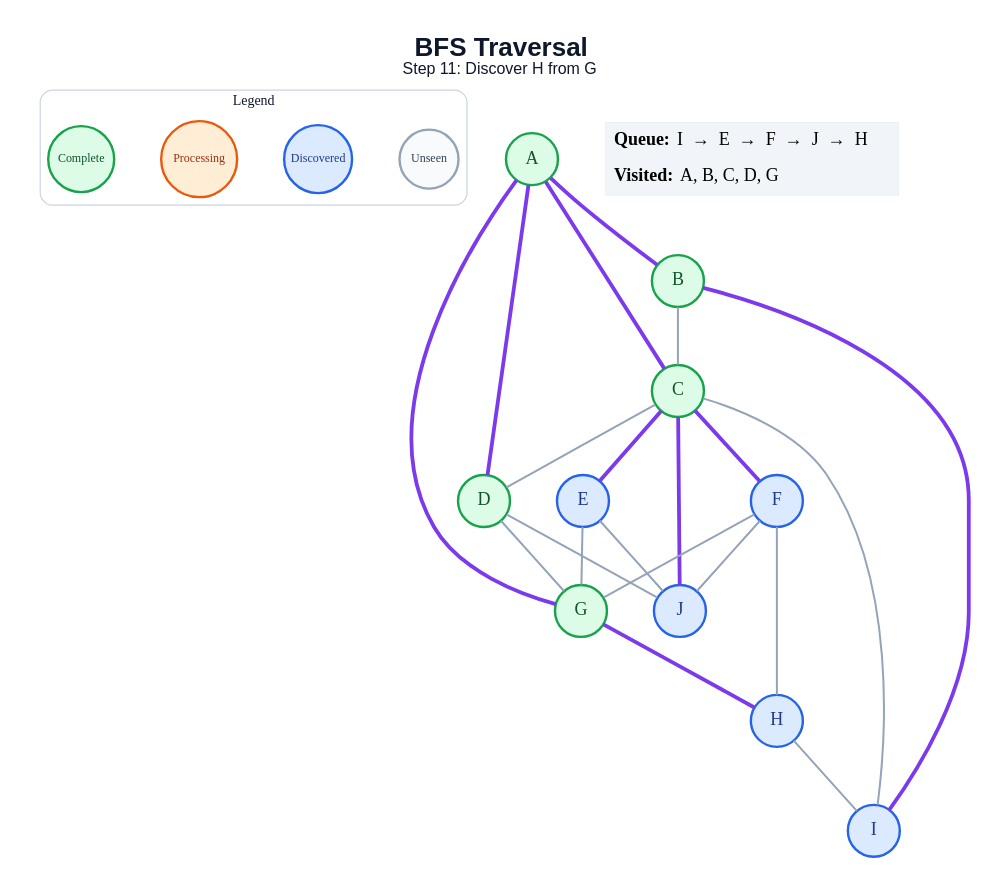
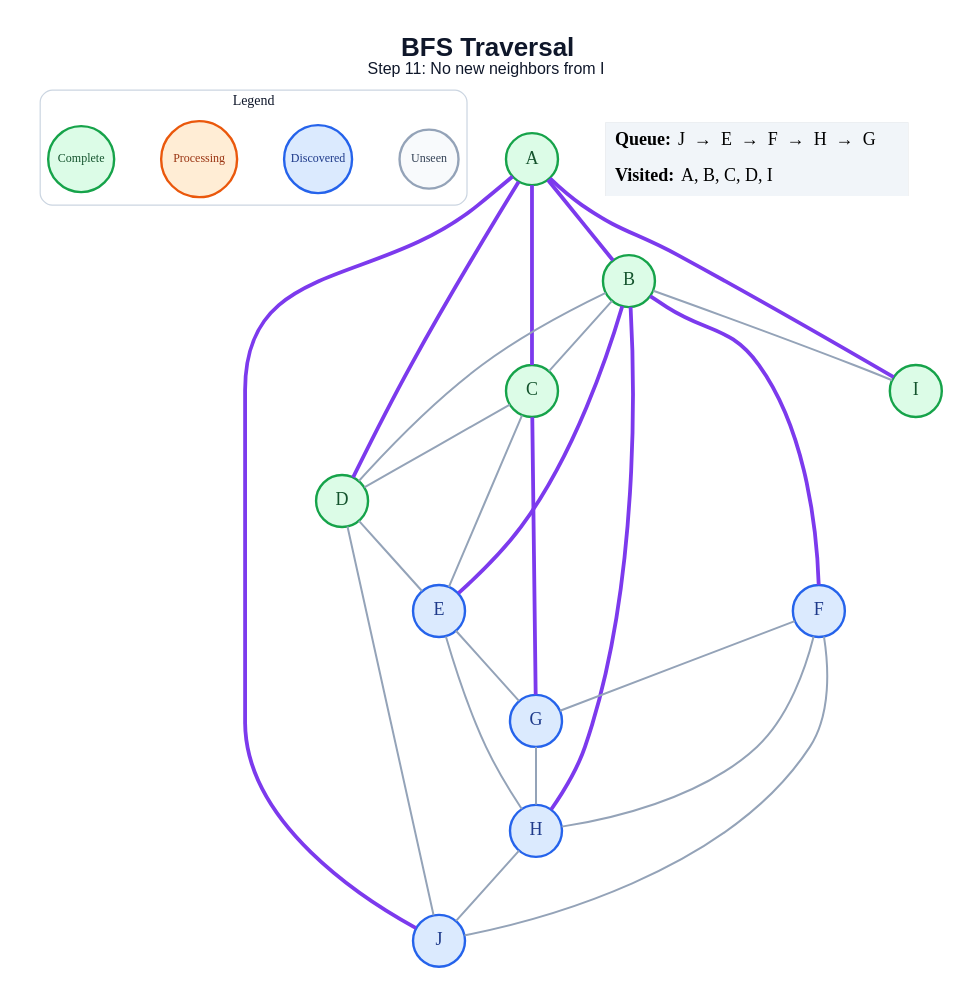
Before and after one commit to amanghodawala9/ai-slop: the diagram in generated/bfs/step_11.dot, drawn with Graphviz. The commit also changed 178 other files, not shown here.

```diff
--- a/generated/bfs/step_11.dot
+++ b/generated/bfs/step_11.dot
@@ -1,49 +1,52 @@
 graph traversal {
   graph [layout=dot, rankdir=TB, bgcolor="#FFFFFF", pad="0.35", nodesep="0.65", ranksep="0.8", fontname="Arial"];
   node [shape=circle, style="filled", fontname="Arial Bold", fontsize=18, width=0.72, fixedsize=true, penwidth=2.4];
   edge [color="#94A3B8", penwidth=2.0];
-  label=<<B>BFS Traversal</B><BR/><FONT POINT-SIZE="16">Step 11: Discover H from G</FONT>>; labelloc="t"; fontsize=26; fontname="Arial"; fontcolor="#0F172A";
+  label=<<B>BFS Traversal</B><BR/><FONT POINT-SIZE="16">Step 11: No new neighbors from I</FONT>>; labelloc="t"; fontsize=26; fontname="Arial"; fontcolor="#0F172A";
   subgraph cluster_legend { label="Legend"; color="#CBD5E1"; penwidth=1.2; style="rounded"; fontsize=14; fontname="Arial Bold";
     key_unseen [label="Unseen", fillcolor="#F8FAFC", color="#94A3B8", fontcolor="#334155", fontsize=12, width=0.82];
     key_frontier [label="Discovered", fillcolor="#DBEAFE", color="#2563EB", fontcolor="#1E3A8A", fontsize=12, width=0.95];
     key_current [label="Processing", fillcolor="#FFEDD5", color="#EA580C", fontcolor="#9A3412", fontsize=12, width=1.05];
     key_done [label="Complete", fillcolor="#DCFCE7", color="#16A34A", fontcolor="#14532D", fontsize=12, width=0.92];
     { rank=same; key_unseen; key_frontier; key_current; key_done; }
   }
   A [fillcolor="#DCFCE7", color="#16A34A", fontcolor="#14532D"];
   B [fillcolor="#DCFCE7", color="#16A34A", fontcolor="#14532D"];
   C [fillcolor="#DCFCE7", color="#16A34A", fontcolor="#14532D"];
   D [fillcolor="#DCFCE7", color="#16A34A", fontcolor="#14532D"];
   E [fillcolor="#DBEAFE", color="#2563EB", fontcolor="#1E3A8A"];
   F [fillcolor="#DBEAFE", color="#2563EB", fontcolor="#1E3A8A"];
-  G [fillcolor="#DCFCE7", color="#16A34A", fontcolor="#14532D"];
+  G [fillcolor="#DBEAFE", color="#2563EB", fontcolor="#1E3A8A"];
   H [fillcolor="#DBEAFE", color="#2563EB", fontcolor="#1E3A8A"];
-  I [fillcolor="#DBEAFE", color="#2563EB", fontcolor="#1E3A8A"];
+  I [fillcolor="#DCFCE7", color="#16A34A", fontcolor="#14532D"];
   J [fillcolor="#DBEAFE", color="#2563EB", fontcolor="#1E3A8A"];
   A -- B [color="#7C3AED", penwidth=3.8];
   A -- C [color="#7C3AED", penwidth=3.8];
   A -- D [color="#7C3AED", penwidth=3.8];
-  A -- G [color="#7C3AED", penwidth=3.8];
+  A -- I [color="#7C3AED", penwidth=3.8];
+  A -- J [color="#7C3AED", penwidth=3.8];
   B -- C;
-  B -- I [color="#7C3AED", penwidth=3.8];
+  B -- D;
+  B -- E [color="#7C3AED", penwidth=3.8];
+  B -- F [color="#7C3AED", penwidth=3.8];
+  B -- H [color="#7C3AED", penwidth=3.8];
+  B -- I;
   C -- D;
-  C -- E [color="#7C3AED", penwidth=3.8];
-  C -- F [color="#7C3AED", penwidth=3.8];
-  C -- I;
-  C -- J [color="#7C3AED", penwidth=3.8];
-  D -- G;
+  C -- E;
+  C -- G [color="#7C3AED", penwidth=3.8];
+  D -- E;
   D -- J;
   E -- G;
-  E -- J;
+  E -- H;
   F -- G;
   F -- H;
   F -- J;
-  G -- H [color="#7C3AED", penwidth=3.8];
-  H -- I;
+  G -- H;
+  H -- J;
   status [shape=plain, fixedsize=false, width=0, height=0, margin=0, label=<
     <TABLE BORDER="0" CELLBORDER="0" CELLPADDING="7" BGCOLOR="#F1F5F9">
-      <TR><TD ALIGN="LEFT"><B>Queue:</B> I  →  E  →  F  →  J  →  H</TD></TR>
-      <TR><TD ALIGN="LEFT"><B>Visited:</B> A, B, C, D, G</TD></TR>
+      <TR><TD ALIGN="LEFT"><B>Queue:</B> J  →  E  →  F  →  H  →  G</TD></TR>
+      <TR><TD ALIGN="LEFT"><B>Visited:</B> A, B, C, D, I</TD></TR>
     </TABLE>
   >];
 }
```
